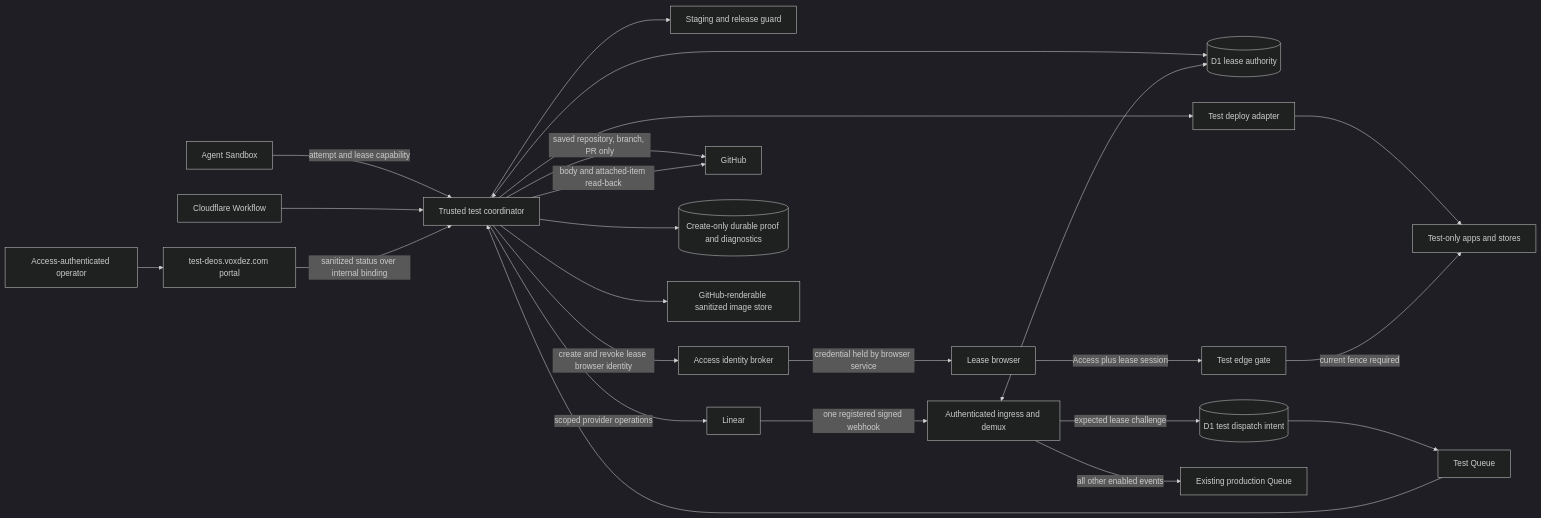
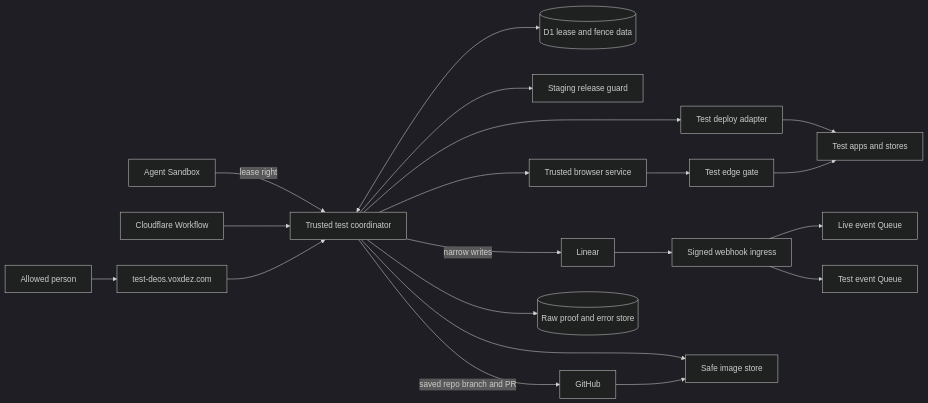
One commit to sachinkundu/deos changed the diagram in openspec/changes/sac-253/design.md. Above: the diagram before and after it, drawn with Mermaid (dark theme). The commit also changed other lines of this file, not shown here.

Commit message:
DEOS planning manifest workflow:2a653831-c1ec-4db7-972a-d0d08ac0a3d8:c9b7b008-f13b-4d58-bc55-64b84775d161:run:1:system_action:publish_design_revision:github.publish_design_candidate:7264ae703e7a7400796bba9bf3d0f02063c7348bd45386d8129ff53231a552ab:30

````diff
--- a/openspec/changes/sac-253/design.md
+++ b/openspec/changes/sac-253/design.md
@@ -47,26 +38,22 @@
 ```mermaid
 flowchart LR
-    A[Agent Sandbox] -->|attempt and lease capability| C[Trusted test coordinator]
+    A[Agent Sandbox] -->|lease right| C[Trusted test coordinator]
     W[Cloudflare Workflow] --> C
-    C <--> D[(D1 lease authority)]
-    C --> S[Staging and release guard]
+    C <--> D[(D1 lease and fence data)]
+    C --> S[Staging release guard]
     C --> X[Test deploy adapter]
-    X --> T[Test-only apps and stores]
-    C -->|create and revoke lease browser identity| AB[Access identity broker]
-    AB -->|credential held by browser service| B[Lease browser]
-    B -->|Access plus lease session| E[Test edge gate]
-    E -->|current fence required| T
-    O[Access-authenticated operator] --> P[test-deos.voxdez.com portal]
-    P -->|sanitized status over internal binding| C
-    L[Linear] -->|one registered signed webhook| I[Authenticated ingress and demux]
-    I -->|expected lease challenge| TI[(D1 test dispatch intent)]
-    TI --> TQ[Test Queue]
-    TQ --> C
-    I -->|all other enabled events| Q[Existing production Queue]
-    I <--> D
-    C -->|scoped provider operations| L
-    C -->|saved repository, branch, PR only| G[GitHub]
-    C --> R[(Create-only durable proof and diagnostics)]
-    C --> RI[GitHub-renderable sanitized image store]
-    C -->|body and attached-item read-back| G
+    X --> T[Test apps and stores]
+    C --> B[Trusted browser service]
+    B --> E[Test edge gate]
+    E --> T
+    O[Allowed person] --> P[test-deos.voxdez.com]
+    P --> C
+    L[Linear] --> I[Signed webhook ingress]
+    I --> Q[Live event Queue]
+    I --> TQ[Test event Queue]
+    C -->|narrow writes| L
+    C -->|saved repo branch and PR| G[GitHub]
+    C --> R[(Raw proof and error store)]
+    C --> SI[Safe image store]
+    G --> SI
 ```
````
